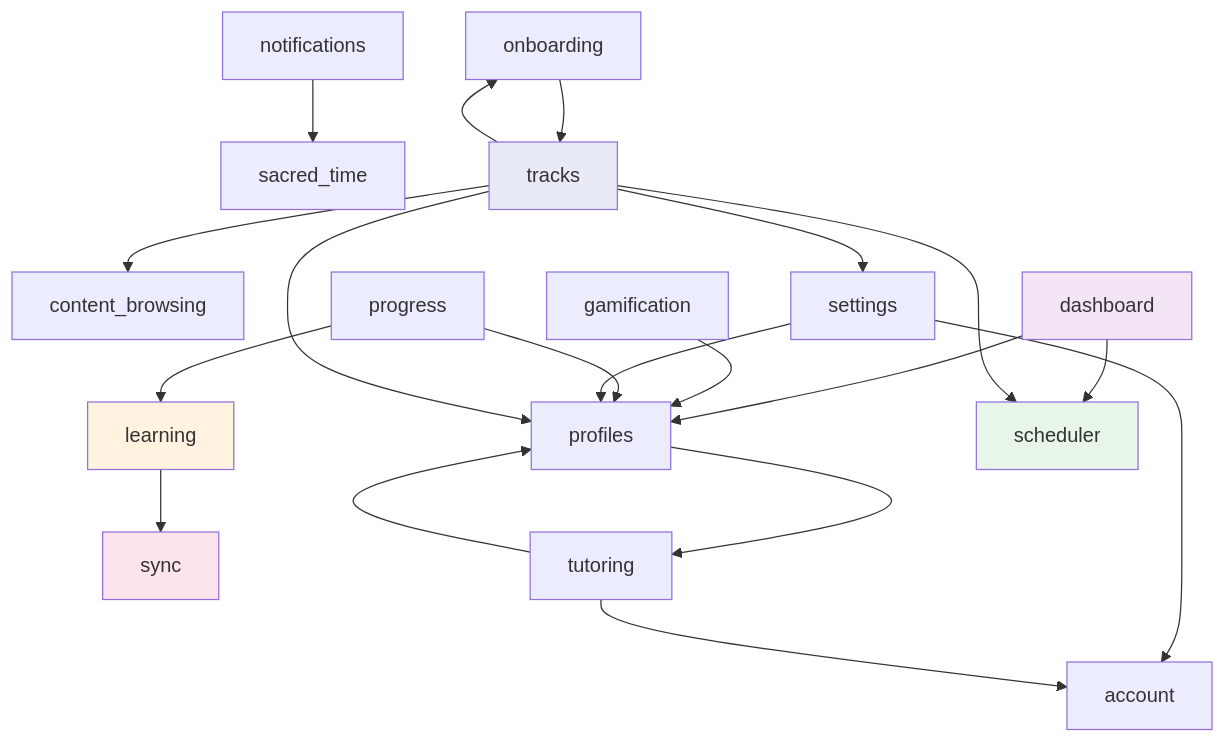
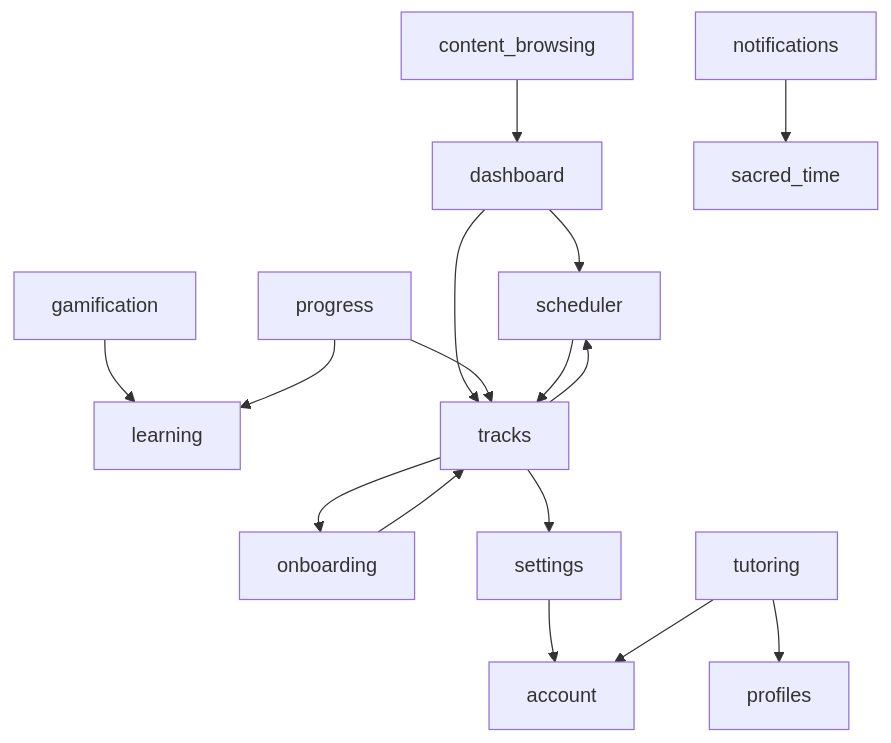
Before and after one commit to dniasoff/learning-tracker: the second of 4 diagrams in docs/architecture.md, drawn with Mermaid. The commit also changed other lines of this file and 2 other files, not shown here.

First paragraph of the commit message:
fix: close 3 more pre-existing make audit failures (docs drift, tags, false-positive checker)
Continuing the post-crash-fix cleanup: `make audit` completed but still
failed on 7 unrelated pre-existing issues. Closing 3 of them here:

````diff
--- a/docs/architecture.md
+++ b/docs/architecture.md
@@ -240,43 +240,33 @@
 ```mermaid
 graph TD
     account["account"]
     content_browsing["content_browsing"]
     dashboard["dashboard"]
     gamification["gamification"]
     learning["learning"]
     notifications["notifications"]
     onboarding["onboarding"]
     profiles["profiles"]
     progress["progress"]
     sacred_time["sacred_time"]
     scheduler["scheduler"]
     settings["settings"]
-    sync["sync"]
     tracks["tracks"]
     tutoring["tutoring"]
 
-    dashboard --> profiles
+    content_browsing --> dashboard
     dashboard --> scheduler
-    gamification --> profiles
-    learning --> sync
+    dashboard --> tracks
+    gamification --> learning
     notifications --> sacred_time
     onboarding --> tracks
-    profiles --> tutoring
     progress --> learning
-    progress --> profiles
+    progress --> tracks
+    scheduler --> tracks
     settings --> account
-    settings --> profiles
-    tracks --> content_browsing
     tracks --> onboarding
-    tracks --> profiles
     tracks --> scheduler
     tracks --> settings
     tutoring --> account
     tutoring --> profiles
-
-    style learning fill:#fff3e0
-    style sync fill:#fce4ec
-    style scheduler fill:#e8f5e9
-    style dashboard fill:#f3e5f5
-    style tracks fill:#e8eaf6
 ```
````
